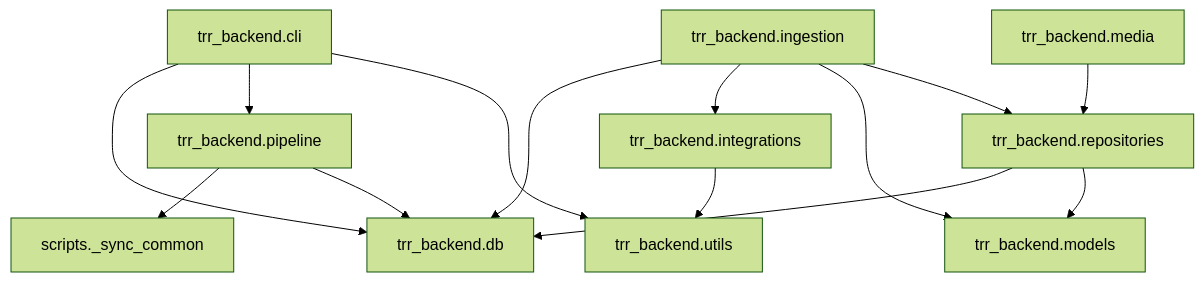
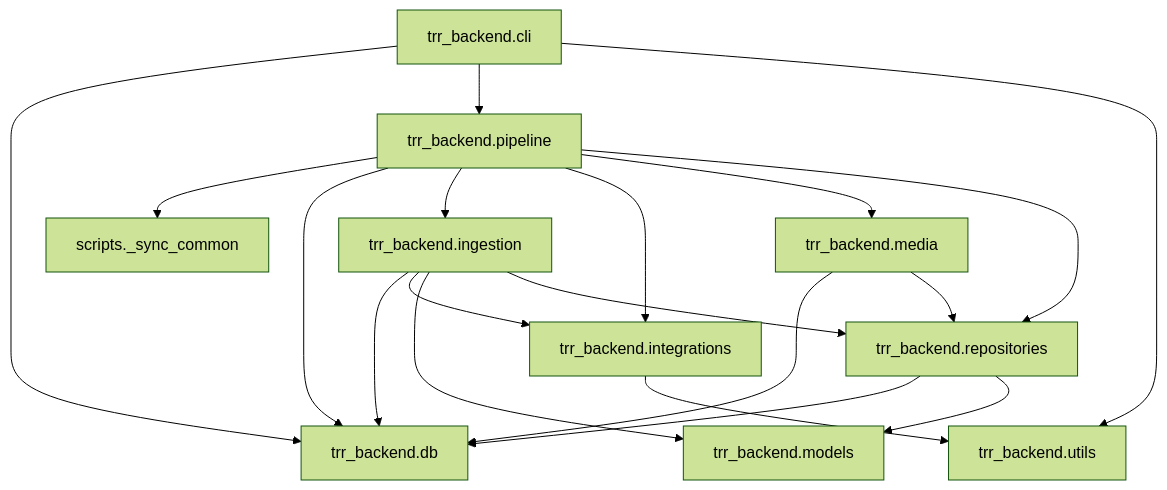
One commit to therealityreport/trr-backend changed the diagram in docs/Repository/generated/CODE_IMPORT_GRAPH.md. Above: the diagram before and after it, drawn with Mermaid (forest theme). The commit also changed 1 other file, not shown here.

Commit message:
docs: update repo map artifacts

````diff
--- a/docs/Repository/generated/CODE_IMPORT_GRAPH.md
+++ b/docs/Repository/generated/CODE_IMPORT_GRAPH.md
@@ -3,27 +3,32 @@
 ```mermaid
 flowchart TB
     n0["scripts._sync_common"]
     n1["trr_backend.cli"]
     n2["trr_backend.db"]
     n3["trr_backend.ingestion"]
     n4["trr_backend.integrations"]
     n5["trr_backend.media"]
     n6["trr_backend.models"]
     n7["trr_backend.pipeline"]
     n8["trr_backend.repositories"]
     n9["trr_backend.utils"]
 
     n1 --> n2
     n1 --> n7
     n1 --> n9
     n3 --> n2
     n3 --> n4
     n3 --> n6
     n3 --> n8
     n4 --> n9
+    n5 --> n2
     n5 --> n8
     n7 --> n0
     n7 --> n2
+    n7 --> n3
+    n7 --> n4
+    n7 --> n5
+    n7 --> n8
     n8 --> n2
     n8 --> n6
 ```
````
